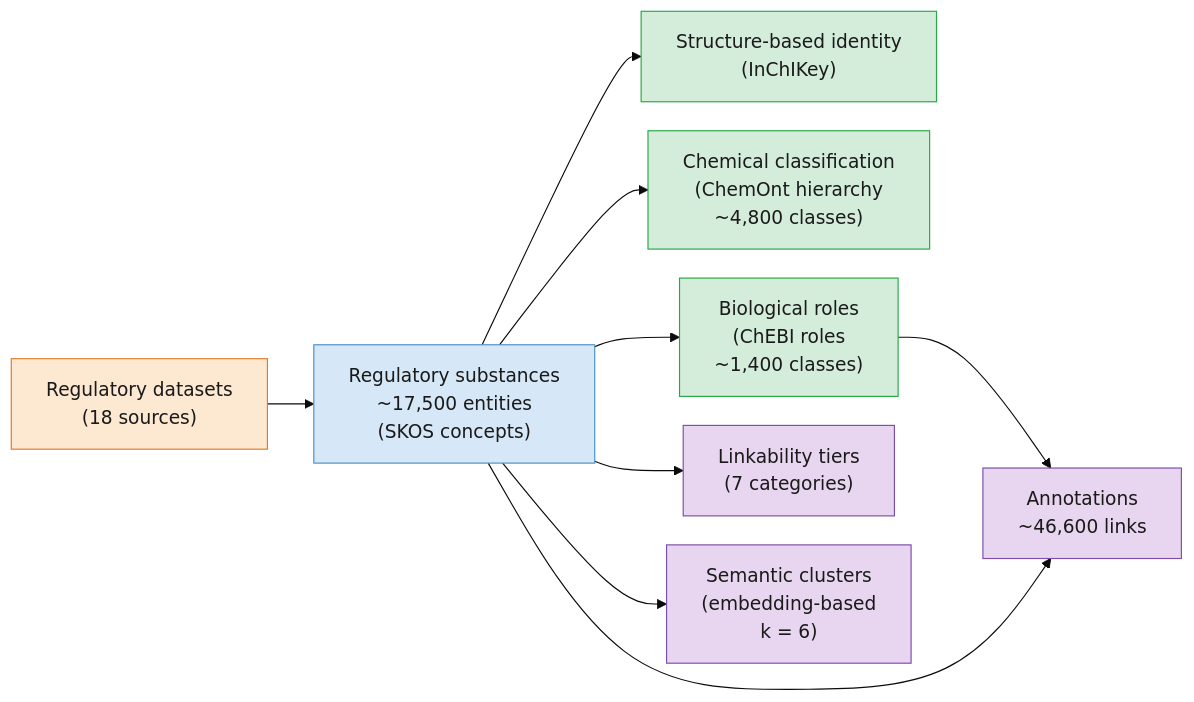
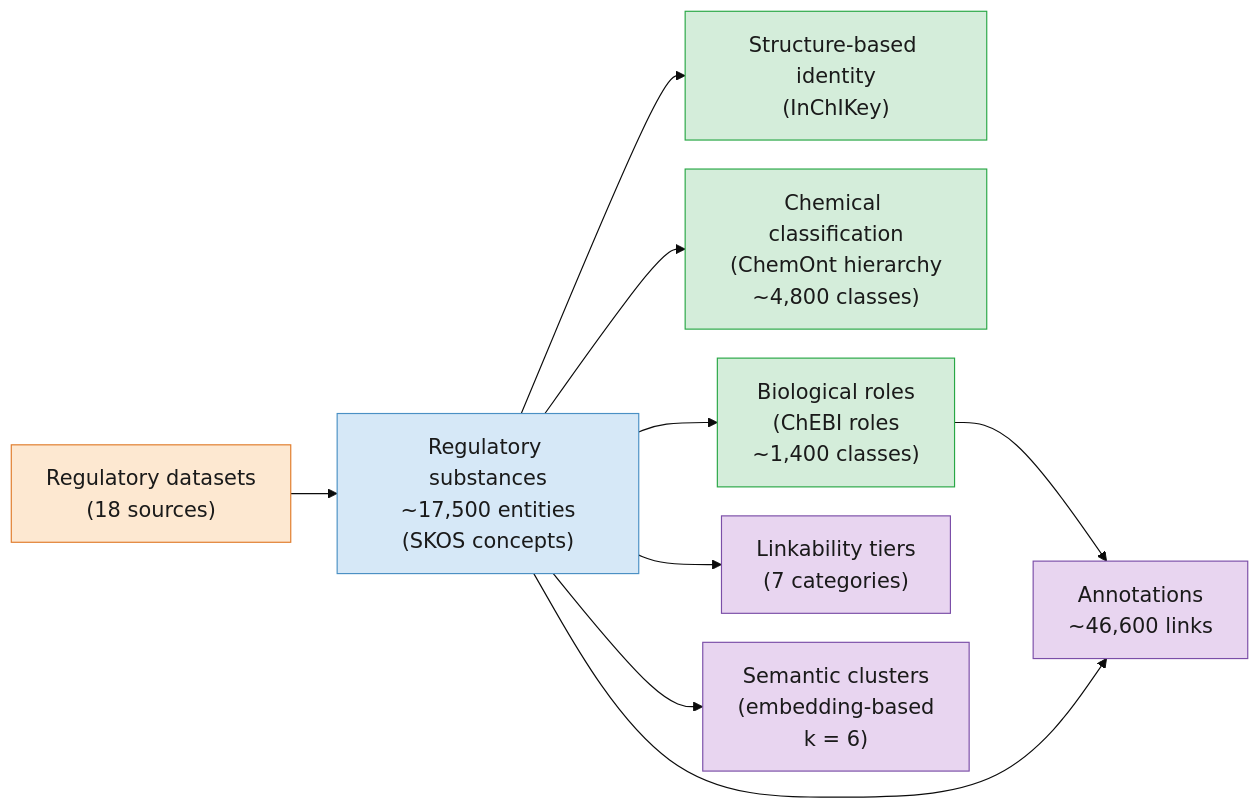
One commit to gezever/A-Substance-Is-Not-Always-a-Substance changed the diagram in paper/images/sources/knowledge_graph.mmd. Above: the diagram before and after it, drawn with Mermaid. The commit also changed 24 other files, not shown here.

```diff
--- a/paper/images/sources/knowledge_graph.mmd
+++ b/paper/images/sources/knowledge_graph.mmd
@@ -1,40 +1,40 @@
-%%{init: {"theme": "base", "flowchart": {"nodeSpacing": 25, "rankSpacing": 40}}}%%
+%%{init: {"theme": "base", "themeVariables": {"fontSize": "18px"}, "flowchart": {"nodeSpacing": 25, "rankSpacing": 40}}}%%
 graph LR
 %% Input layer
     A["Regulatory datasets\n(18 sources)"]
 
 %% Core layer
     B["Regulatory substances\n~17,500 entities\n(SKOS concepts)"]
 
 %% Linking layers
     C["Structure-based identity\n(InChIKey)"]
     D["Chemical classification\n(ChemOnt hierarchy\n~4,800 classes)"]
     E["Biological roles\n(ChEBI roles\n~1,400 classes)"]
 
 %% Derived layers
     F["Linkability tiers\n(7 categories)"]
     G["Semantic clusters\n(embedding-based\nk = 6)"]
     H["Annotations\n~46,600 links"]
 
 %% Relations
     A --> B
 
     B --> C
     B --> D
     B --> E
 
     B --> F
     B --> G
 
     E --> H
     B --> H
 
     classDef inputNode fill:#FDE8D1,stroke:#E07B2A,color:#1a1a1a
     classDef coreNode fill:#D6E8F7,stroke:#4A90C4,color:#1a1a1a
     classDef linkNode fill:#D4EDDA,stroke:#28A745,color:#1a1a1a
     classDef derivedNode fill:#E8D5F0,stroke:#7B4EA8,color:#1a1a1a
 
     class A inputNode
     class B coreNode
     class C,D,E linkNode
     class F,G,H derivedNode
```
